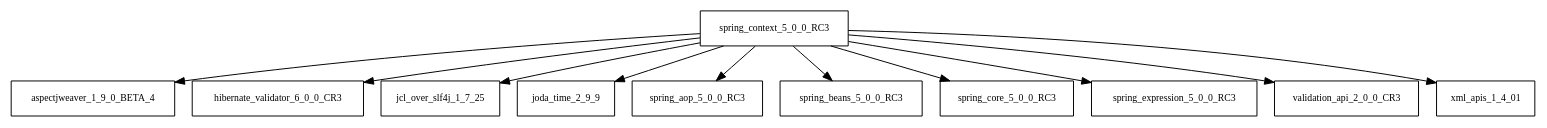
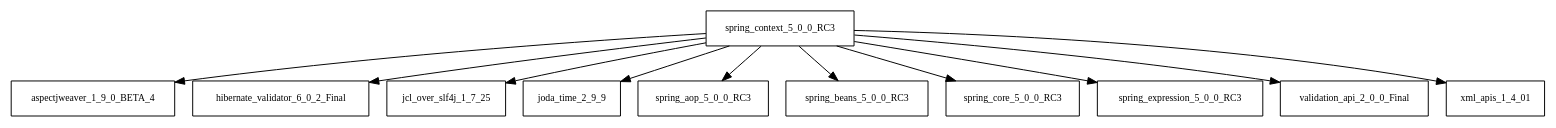
Before and after one commit to AglaianWoman/cia: the diagram in tattleTaleReport/graphviz/spring-context-5.0.0.RC3.jar/spring-context-5.0.0.RC3.jar.dot, drawn with Graphviz. The commit also changed 2149 other files, not shown here.

```diff
--- a/tattleTaleReport/graphviz/spring-context-5.0.0.RC3.jar/spring-context-5.0.0.RC3.jar.dot
+++ b/tattleTaleReport/graphviz/spring-context-5.0.0.RC3.jar/spring-context-5.0.0.RC3.jar.dot
@@ -1,13 +1,13 @@
 digraph spring_context_5_0_0_RC3_dependencies {
   node [shape = box, fontsize=10.0];
   spring_context_5_0_0_RC3 -> aspectjweaver_1_9_0_BETA_4;
-  spring_context_5_0_0_RC3 -> hibernate_validator_6_0_0_CR3;
+  spring_context_5_0_0_RC3 -> hibernate_validator_6_0_2_Final;
   spring_context_5_0_0_RC3 -> jcl_over_slf4j_1_7_25;
   spring_context_5_0_0_RC3 -> joda_time_2_9_9;
   spring_context_5_0_0_RC3 -> spring_aop_5_0_0_RC3;
   spring_context_5_0_0_RC3 -> spring_beans_5_0_0_RC3;
   spring_context_5_0_0_RC3 -> spring_core_5_0_0_RC3;
   spring_context_5_0_0_RC3 -> spring_expression_5_0_0_RC3;
-  spring_context_5_0_0_RC3 -> validation_api_2_0_0_CR3;
+  spring_context_5_0_0_RC3 -> validation_api_2_0_0_Final;
   spring_context_5_0_0_RC3 -> xml_apis_1_4_01;
 }
```
